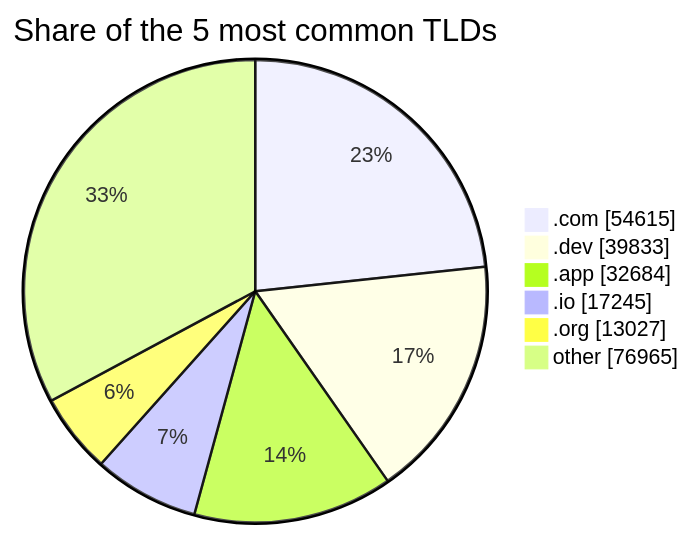
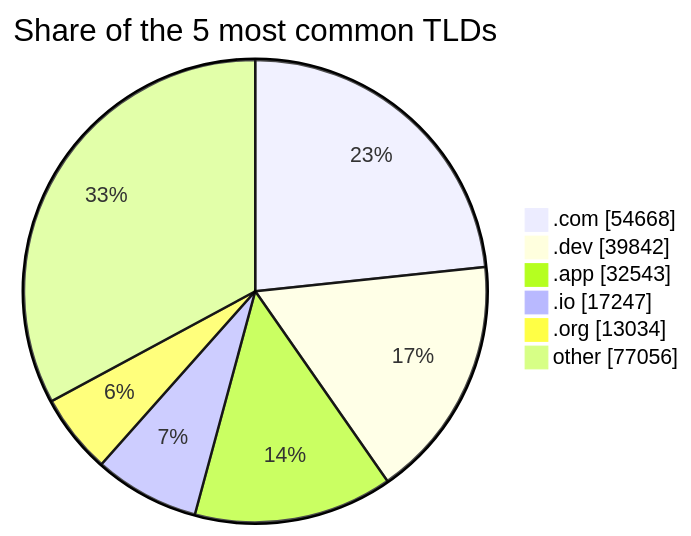
The second of 2 diagrams in README.md (DNSBunker/CTI), drawn with Mermaid before and after one commit. The commit also changed other lines of this file and 3 other files, not shown here.

````diff
--- a/README.md
+++ b/README.md
@@ -72,9 +72,9 @@
 ```mermaid
 pie showData title Share of the 5 most common TLDs
-    ".com" : 54615
-    ".dev" : 39833
-    ".app" : 32684
-    ".io" : 17245
-    ".org" : 13027
-    "other" : 76965
+    ".com" : 54668
+    ".dev" : 39842
+    ".app" : 32543
+    ".io" : 17247
+    ".org" : 13034
+    "other" : 77056
 ```
````
